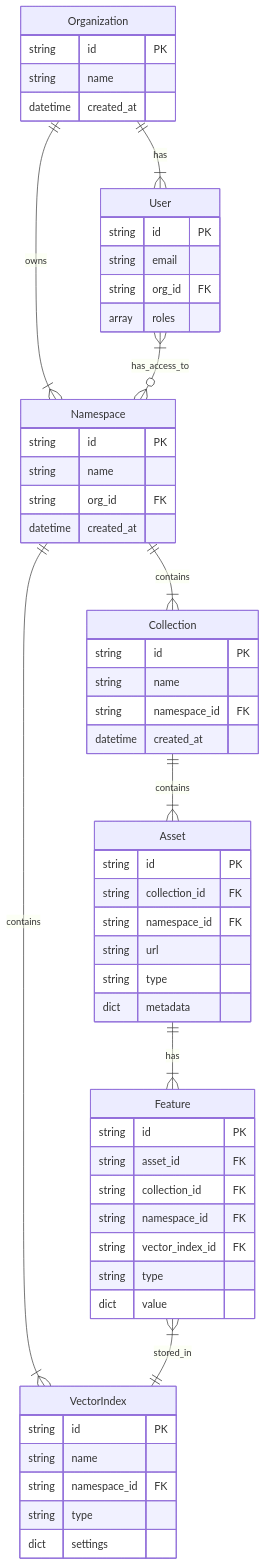
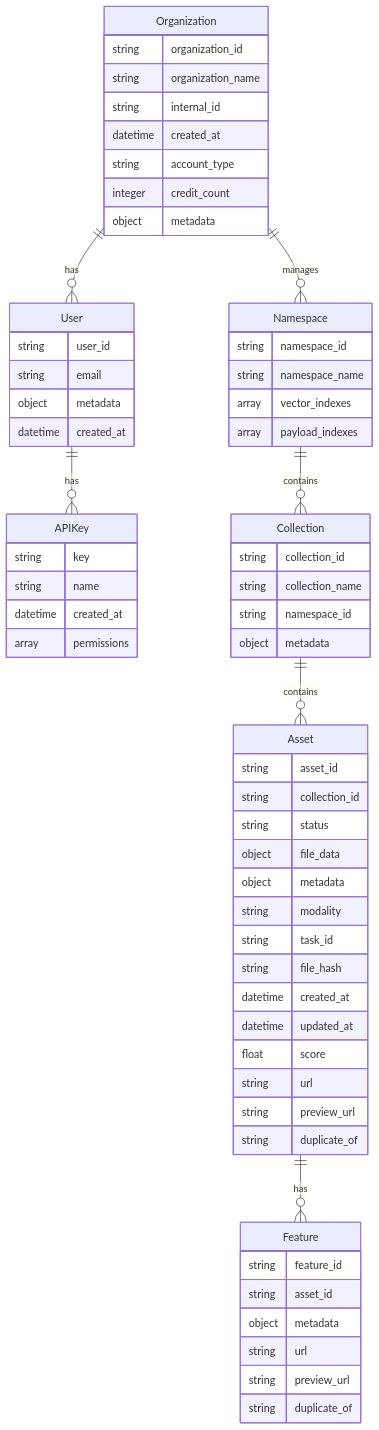
Before and after one commit to mixpeek/docs: the diagram in concepts/overview.mdx, drawn with Mermaid. The commit also changed other lines of this file and 1 other file, not shown here.

Commit message:
no message

````diff
--- a/concepts/overview.mdx
+++ b/concepts/overview.mdx
@@ -44,65 +43,66 @@
 ```mermaid
 erDiagram
-    Organization ||--|{ User : has
-    Organization ||--|{ Namespace : owns
-    User }|--o{ Namespace : has_access_to
-    Namespace ||--|{ VectorIndex : contains
-    Namespace ||--|{ Collection : contains
-    Collection ||--|{ Asset : contains
-    Asset ||--|{ Feature : has
-    Feature }|--|| VectorIndex : stored_in
-
-    Organization {
-        string id PK
+    Organization ||--o{ User : has
+    Organization ||--o{ Namespace : manages
+    User ||--o{ APIKey : has
+    Namespace ||--o{ Collection : contains
+    Collection ||--o{ Asset : contains
+    Asset ||--o{ Feature : has
+    Asset {
+        string asset_id
+        string collection_id
+        string status
+        object file_data
+        object metadata
+        string modality
+        string task_id
+        string file_hash
+        datetime created_at
+        datetime updated_at
+        float score
+        string url
+        string preview_url
+        string duplicate_of
+    }
+    Feature {
+        string feature_id
+        string asset_id
+        object metadata
+        string url
+        string preview_url
+        string duplicate_of
+    }
+    Collection {
+        string collection_id
+        string collection_name
+        string namespace_id
+        object metadata
+    }
+    User {
+        string user_id
+        string email
+        object metadata
+        datetime created_at
+    }
+    APIKey {
+        string key
         string name
         datetime created_at
+        array permissions
     }
-
-    User {
-        string id PK
-        string email
-        string org_id FK
-        array roles
+    Organization {
+        string organization_id
+        string organization_name
+        string internal_id
+        datetime created_at
+        string account_type
+        integer credit_count
+        object metadata
     }
-
     Namespace {
-        string id PK
-        string name
-        string org_id FK
-        datetime created_at
-    }
-
-    VectorIndex {
-        string id PK
-        string name
-        string namespace_id FK
-        string type
-        dict settings
-    }
-
-    Collection {
-        string id PK
-        string name
-        string namespace_id FK
-        datetime created_at
-    }
-
-    Asset {
-        string id PK
-        string collection_id FK
-        string namespace_id FK
-        string url
-        string type
-        dict metadata
-    }
-
-    Feature {
-        string id PK
-        string asset_id FK
-        string collection_id FK
-        string namespace_id FK
-        string vector_index_id FK
-        string type
-        dict value
+        string namespace_id
+        string namespace_name
+        array vector_indexes
+        array payload_indexes
     }
 ```
````
